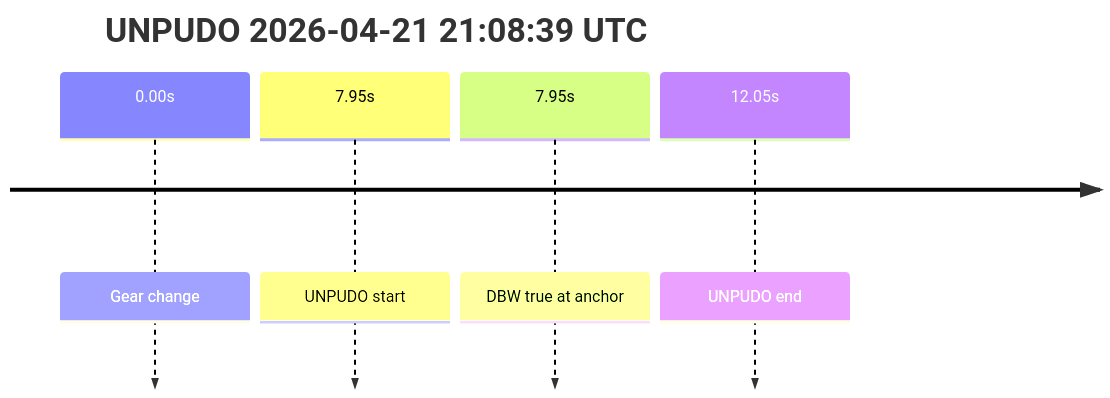
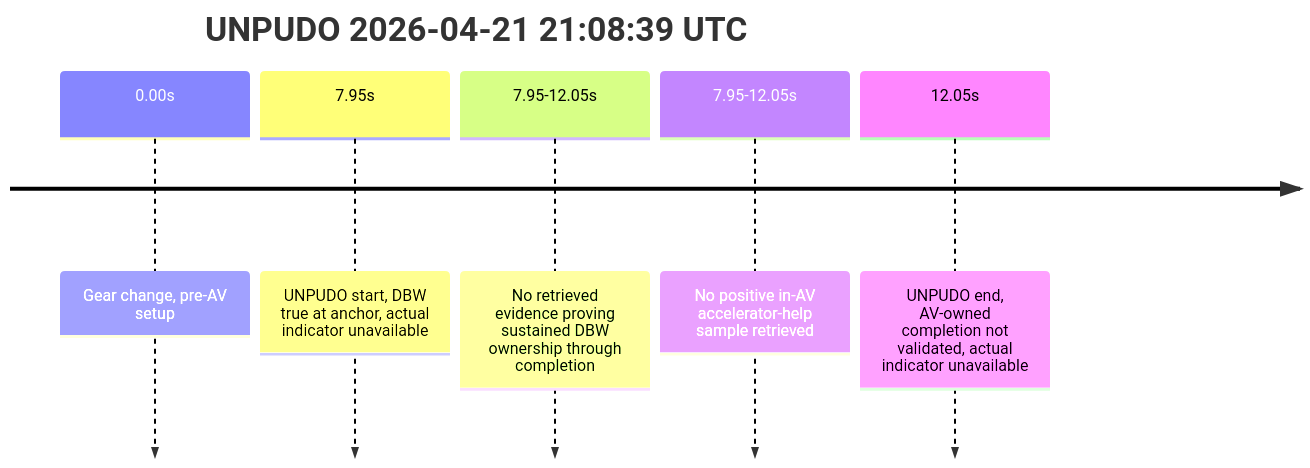
One commit to yoelshapiro/vault changed the third of 3 diagrams in model_analysis/report_cards/2026/04/Week-4/fme20031--2026-04-21--20-55-03--gen2-av-6012f067-7eac-4c54-af80-fe1b295980aa.md. Above: the diagram before and after it, drawn with Mermaid. The commit also changed other lines of this file and 4 other files, not shown here.

````diff
--- a/model_analysis/report_cards/2026/04/Week-4/fme20031--2026-04-21--20-55-03--gen2-av-6012f067-7eac-4c54-af80-fe1b295980aa.md
+++ b/model_analysis/report_cards/2026/04/Week-4/fme20031--2026-04-21--20-55-03--gen2-av-6012f067-7eac-4c54-af80-fe1b295980aa.md
@@ -127,8 +155,9 @@
 ```mermaid
 timeline
     title UNPUDO 2026-04-21 21:08:39 UTC
-    0.00s : Gear change
-    7.95s : UNPUDO start
-    7.95s : DBW true at anchor
-    12.05s : UNPUDO end
+    0.00s : Gear change, pre-AV setup
+    7.95s : UNPUDO start, DBW true at anchor, actual indicator unavailable
+    7.95-12.05s : No retrieved evidence proving sustained DBW ownership through completion
+    7.95-12.05s : No positive in-AV accelerator-help sample retrieved
+    12.05s : UNPUDO end, AV-owned completion not validated, actual indicator unavailable
 ```
````
